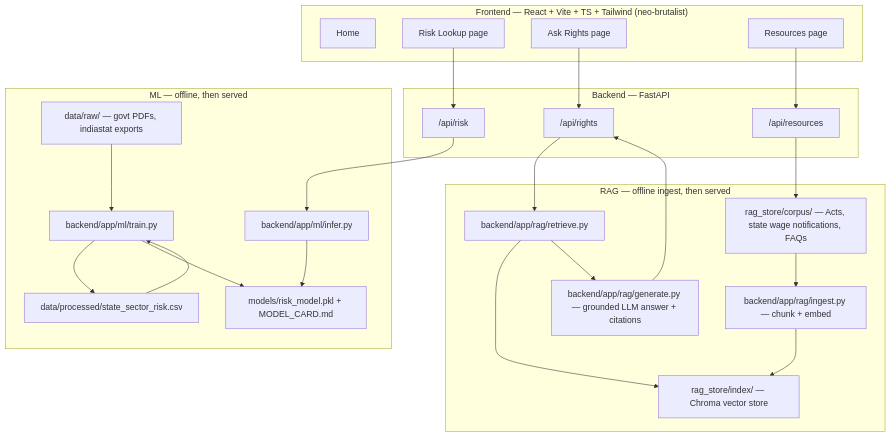
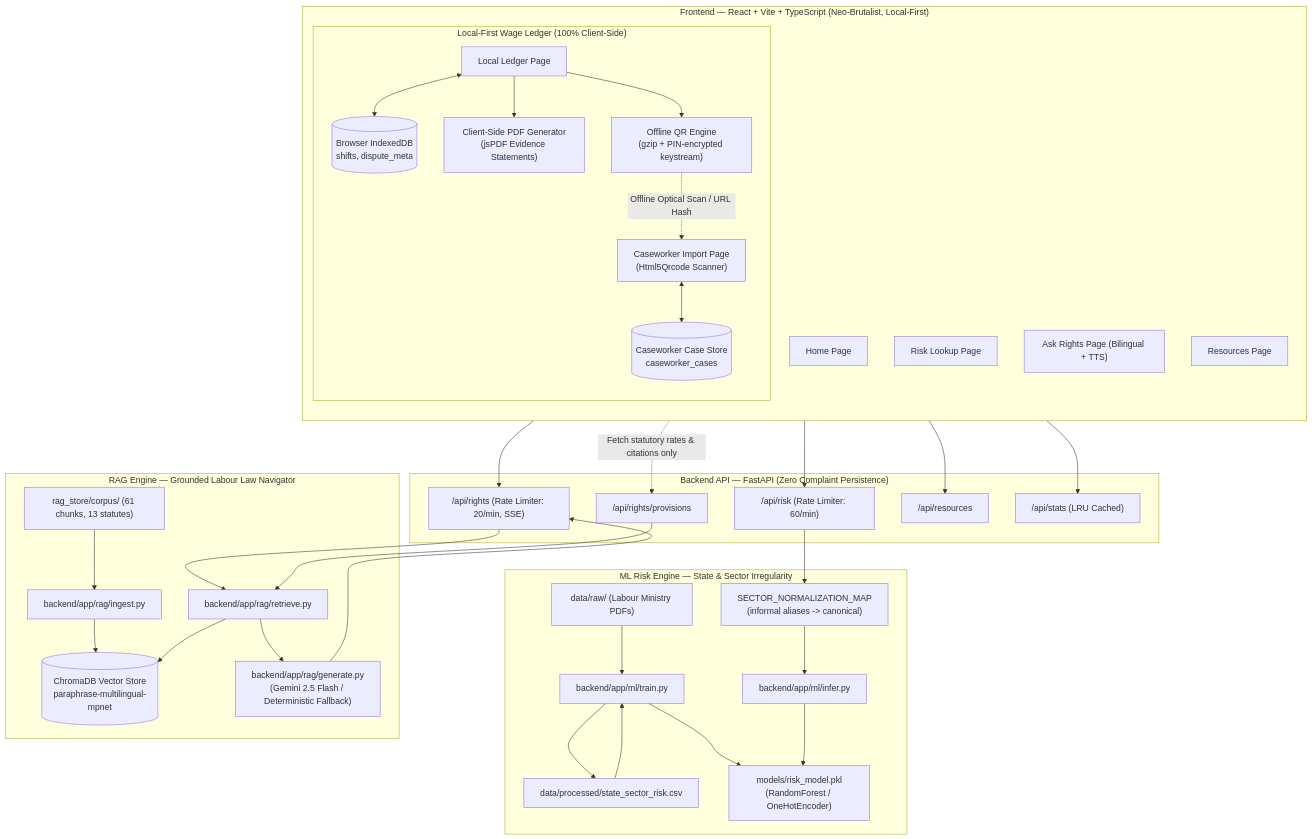
Before and after one commit to Pawanrudupa/wageguard-India: the diagram in docs/ARCHITECTURE.md, drawn with Mermaid. The commit also changed other lines of this file and 15 other files, not shown here.

````diff
--- a/docs/ARCHITECTURE.md
+++ b/docs/ARCHITECTURE.md
@@ -5,42 +5,69 @@
 ```mermaid
 flowchart TB
-    subgraph Client["Frontend — React + Vite + TS + Tailwind (neo-brutalist)"]
-        Home[Home]
-        RiskUI[Risk Lookup page]
-        RightsUI[Ask Rights page]
-        ResourcesUI[Resources page]
+    subgraph Client["Frontend — React + Vite + TypeScript (Neo-Brutalist, Local-First)"]
+        direction TB
+        Home["Home Page"]
+        RiskUI["Risk Lookup Page"]
+        RightsUI["Ask Rights Page (Bilingual + TTS)"]
+        ResourcesUI["Resources Page"]
+        
+        subgraph LocalLedgerSub["Local-First Wage Ledger (100% Client-Side)"]
+            LedgerUI["Local Ledger Page"]
+            IDB[("Browser IndexedDB\nshifts, dispute_meta")]
+            PDFGen["Client-Side PDF Generator\n(jsPDF Evidence Statements)"]
+            QREncode["Offline QR Engine\n(gzip + PIN-encrypted keystream)"]
+            ImportUI["Caseworker Import Page\n(Html5Qrcode Scanner)"]
+            CaseStore[("Caseworker Case Store\ncaseworker_cases")]
+        end
     end
 
-    subgraph API["Backend — FastAPI"]
-        RiskEP["/api/risk"]
-        RightsEP["/api/rights"]
+    subgraph API["Backend API — FastAPI (Zero Complaint Persistence)"]
+        RiskEP["/api/risk (Rate Limiter: 60/min)"]
+        RightsEP["/api/rights (Rate Limiter: 20/min, SSE)"]
+        ProvisionsEP["/api/rights/provisions"]
         ResourcesEP["/api/resources"]
+        StatsEP["/api/stats (LRU Cached)"]
     end
 
-    subgraph MLPipeline["ML — offline, then served"]
-        RawData["data/raw/ — govt PDFs, indiastat exports"]
+    subgraph MLPipeline["ML Risk Engine — State & Sector Irregularity"]
+        RawData["data/raw/ (Labour Ministry PDFs)"]
         ProcessedData["data/processed/state_sector_risk.csv"]
+        SectorNorm["SECTOR_NORMALIZATION_MAP\n(informal aliases -> canonical)"]
         Train["backend/app/ml/train.py"]
-        Model["models/risk_model.pkl + MODEL_CARD.md"]
+        Model["models/risk_model.pkl\n(RandomForest / OneHotEncoder)"]
         Infer["backend/app/ml/infer.py"]
     end
 
-    subgraph RAGPipeline["RAG — offline ingest, then served"]
-        Corpus["rag_store/corpus/ — Acts, state wage notifications, FAQs"]
-        Ingest["backend/app/rag/ingest.py — chunk + embed"]
-        Index["rag_store/index/ — Chroma vector store"]
+    subgraph RAGPipeline["RAG Engine — Grounded Labour Law Navigator"]
+        Corpus["rag_store/corpus/ (61 chunks, 13 statutes)"]
+        Ingest["backend/app/rag/ingest.py"]
+        Index[("ChromaDB Vector Store\nparaphrase-multilingual-mpnet")]
         Retrieve["backend/app/rag/retrieve.py"]
-        Generate["backend/app/rag/generate.py — grounded LLM answer + citations"]
+        Generate["backend/app/rag/generate.py\n(Gemini 2.5 Flash / Deterministic Fallback)"]
     end
 
-    RiskUI --> RiskEP --> Infer --> Model
+    %% Client-Backend Links
+    RiskUI --> RiskEP
+    RightsUI --> RightsEP
+    ResourcesUI --> ResourcesEP
+    Home --> StatsEP
+    LedgerUI -.->|"Fetch statutory rates & citations only"| ProvisionsEP
+
+    %% ML Engine Flow
     RawData --> Train --> ProcessedData
-    ProcessedData --> Train
-    Train --> Model
+    ProcessedData --> Train --> Model
+    RiskEP --> SectorNorm --> Infer --> Model
 
-    RightsUI --> RightsEP --> Retrieve --> Index
+    %% RAG Engine Flow
     Corpus --> Ingest --> Index
+    RightsEP --> Retrieve --> Index
     Retrieve --> Generate --> RightsEP
+    ProvisionsEP --> Retrieve
 
-    ResourcesUI --> ResourcesEP --> Corpus
+    %% Local-First Isolation (No network)
+    LedgerUI <--> IDB
+    LedgerUI --> PDFGen
+    LedgerUI --> QREncode
+    QREncode -.->|"Offline Optical Scan / URL Hash"| ImportUI
+    ImportUI <--> CaseStore
 ```
````
